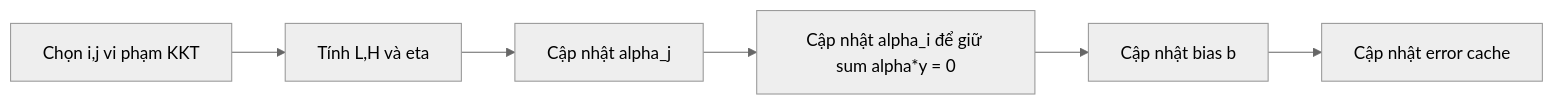
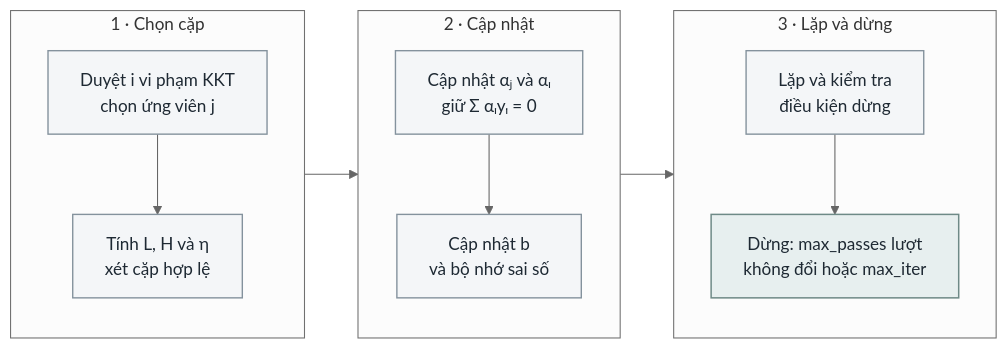
Before and after one commit to phucduocdoan/svm-optimization: the second of 2 diagrams in docs/09_code_walkthrough.md, drawn with Mermaid (neutral theme). The commit also changed other lines of this file and 44 other files, not shown here.

````diff
--- a/docs/09_code_walkthrough.md
+++ b/docs/09_code_walkthrough.md
@@ -157,8 +153,20 @@
 ```mermaid
 flowchart LR
-  A[Chọn i,j vi phạm KKT] --> B[Tính L,H và eta]
-  B --> C[Cập nhật alpha_j]
-  C --> D[Cập nhật alpha_i để giữ sum alpha*y = 0]
-  D --> E[Cập nhật bias b]
-  E --> F[Cập nhật error cache]
+  subgraph CHON["1 · Chọn cặp"]
+    direction TB
+    A["Duyệt i vi phạm KKT<br/>chọn ứng viên j"] --> B["Tính L, H và η<br/>xét cặp hợp lệ"]
+  end
+  subgraph CAPNHAT["2 · Cập nhật"]
+    direction TB
+    C["Cập nhật αⱼ và αᵢ<br/>giữ Σ αᵢyᵢ = 0"] --> D["Cập nhật b<br/>và bộ nhớ sai số"]
+  end
+  subgraph DUNG["3 · Lặp và dừng"]
+    direction TB
+    E["Lặp và kiểm tra<br/>điều kiện dừng"] --> F["Dừng: max_passes lượt<br/>không đổi hoặc max_iter"]
+  end
+  CHON --> CAPNHAT --> DUNG
+  classDef standard fill:#f4f6f8,stroke:#84929d,color:#1e2933,stroke-width:1.3px
+  classDef focus fill:#e7efef,stroke:#6e8a87,color:#1e2933,stroke-width:1.4px
+  class A,B,C,D,E standard
+  class F focus
 ```
````
